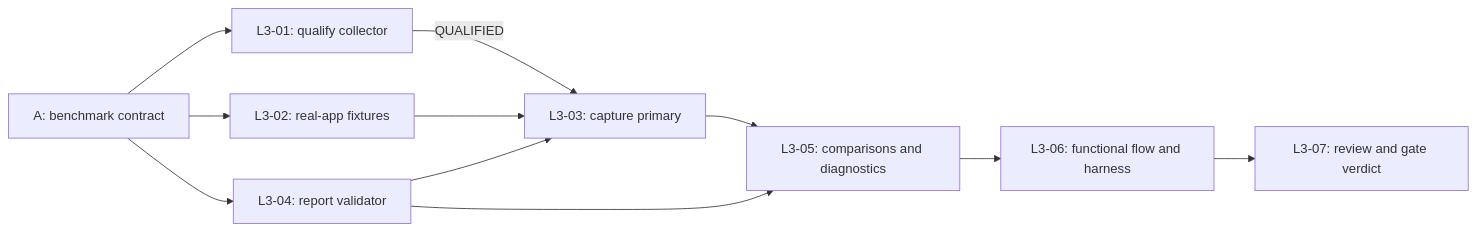
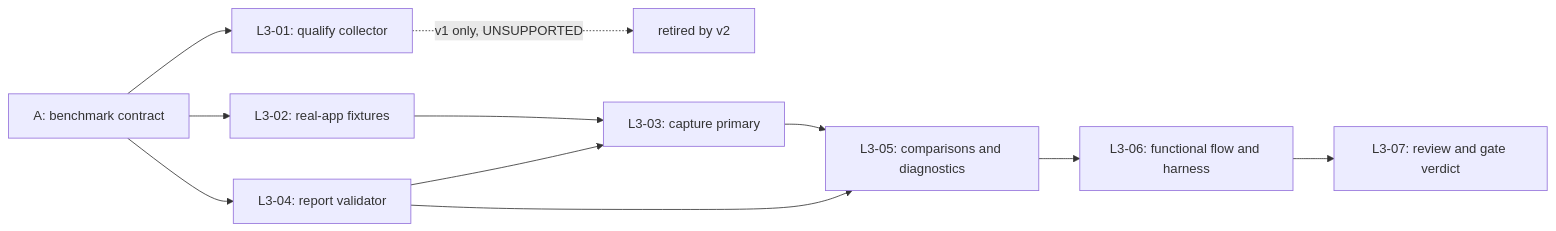
The diagram in docs/tickets/t06-l3/README.md (harkon666/Gurow), drawn with Mermaid before and after one commit. The commit also changed other lines of this file and 19 other files, not shown here.

````diff
--- a/docs/tickets/t06-l3/README.md
+++ b/docs/tickets/t06-l3/README.md
@@ -21,13 +21,13 @@
 ```mermaid
 flowchart LR
     A["A: benchmark contract"] --> Q["L3-01: qualify collector"]
     A --> F["L3-02: real-app fixtures"]
     A --> R["L3-04: report validator"]
-    Q -->|QUALIFIED| C["L3-03: capture primary"]
-    F --> C
+    Q -.->|v1 only, UNSUPPORTED| X["retired by v2"]
+    F --> C["L3-03: capture primary"]
     R --> C
     C --> D["L3-05: comparisons and diagnostics"]
     R --> D
     D --> H["L3-06: functional flow and harness"]
     H --> V["L3-07: review and gate verdict"]
 ```
````
